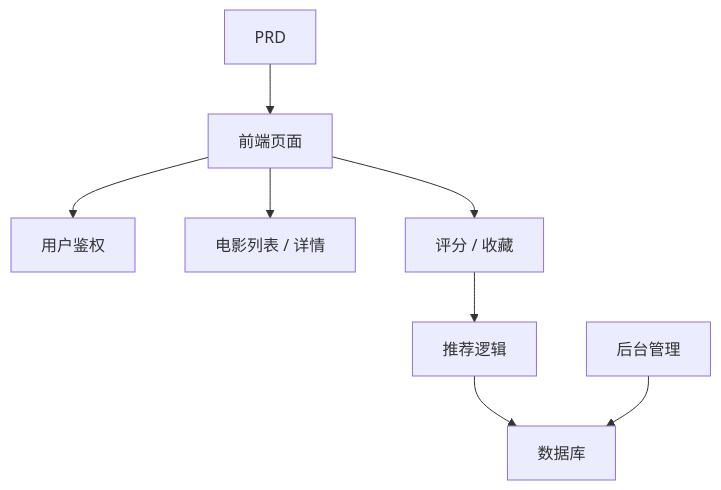
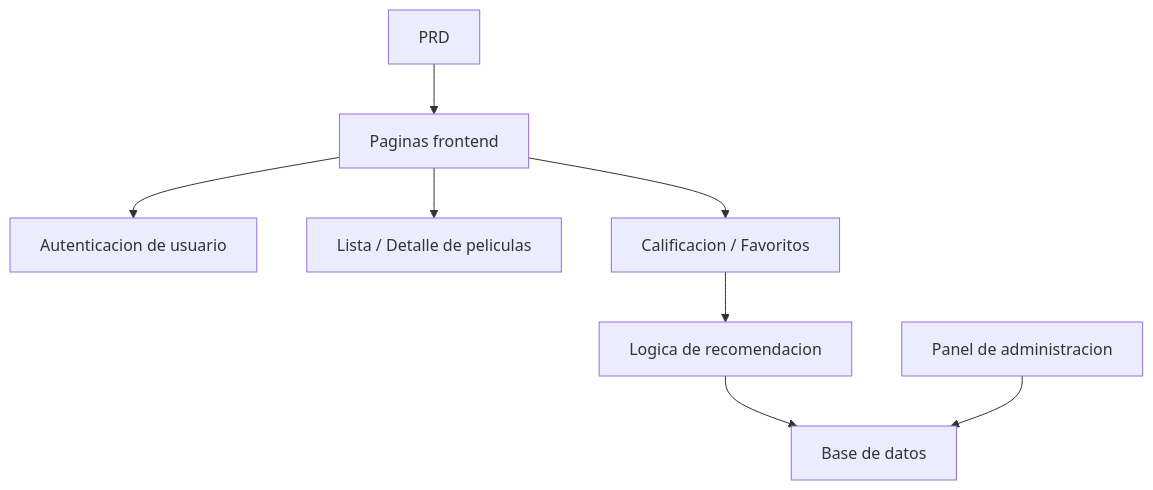
One commit to sketchymonk/easy-vibe changed the diagram in docs/es-es/stage-2/assignments/movie-recommendation-springboot/index.md. Above: the diagram before and after it, drawn with Mermaid. The commit also changed other lines of this file and 59 other files, not shown here.

````diff
--- a/docs/es-es/stage-2/assignments/movie-recommendation-springboot/index.md
+++ b/docs/es-es/stage-2/assignments/movie-recommendation-springboot/index.md
@@ -71,10 +71,10 @@
 ```mermaid
 flowchart TD
-  prd["PRD"] --> web["前端页面"]
-  web --> auth["用户鉴权"]
-  web --> movie["电影列表 / 详情"]
-  web --> behavior["评分 / 收藏"]
-  behavior --> reco["推荐逻辑"]
-  reco --> db["数据库"]
-  admin["后台管理"] --> db
+  prd["PRD"] --> web["Paginas frontend"]
+  web --> auth["Autenticacion de usuario"]
+  web --> movie["Lista / Detalle de peliculas"]
+  web --> behavior["Calificacion / Favoritos"]
+  behavior --> reco["Logica de recomendacion"]
+  reco --> db["Base de datos"]
+  admin["Panel de administracion"] --> db
 ```
````
